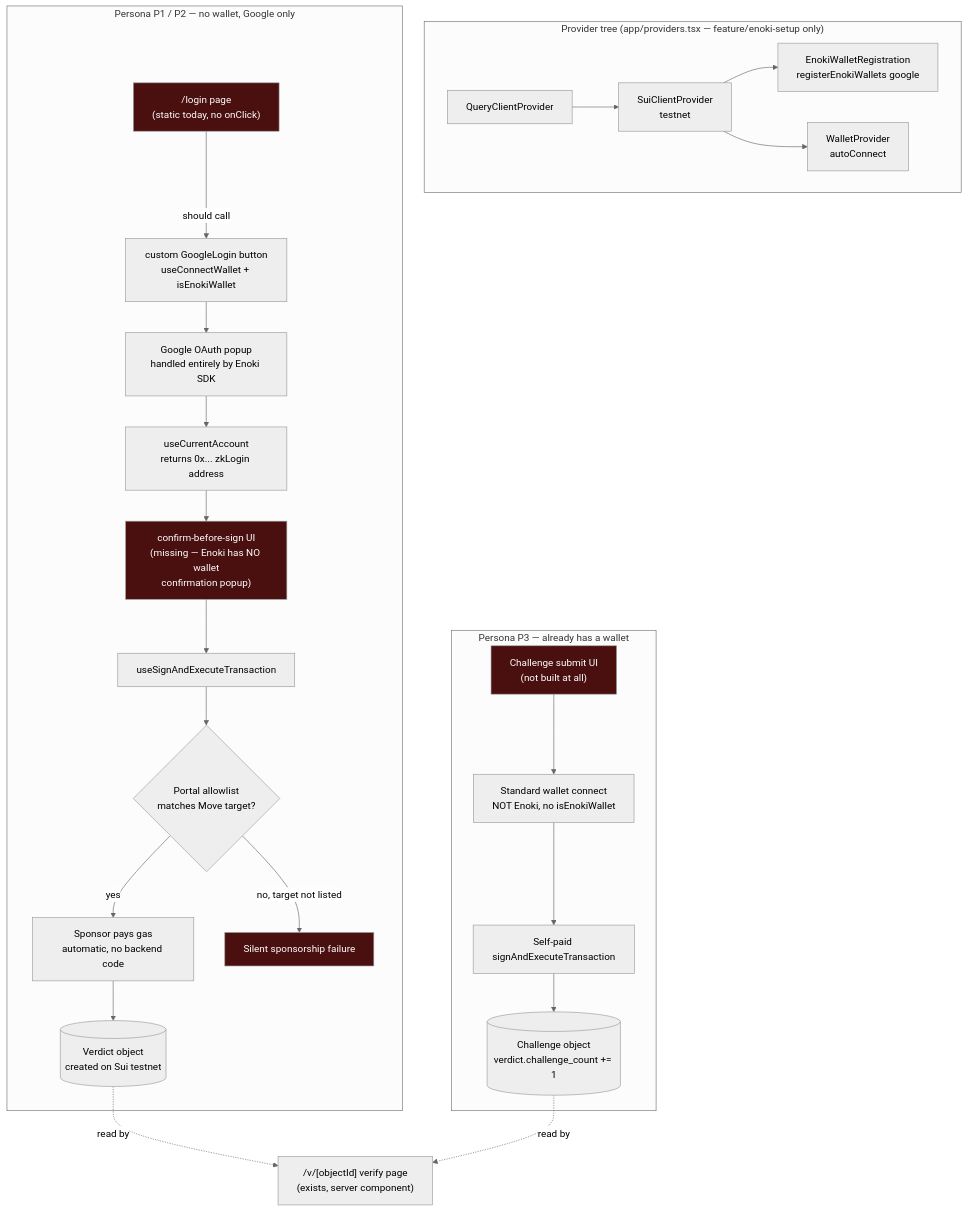
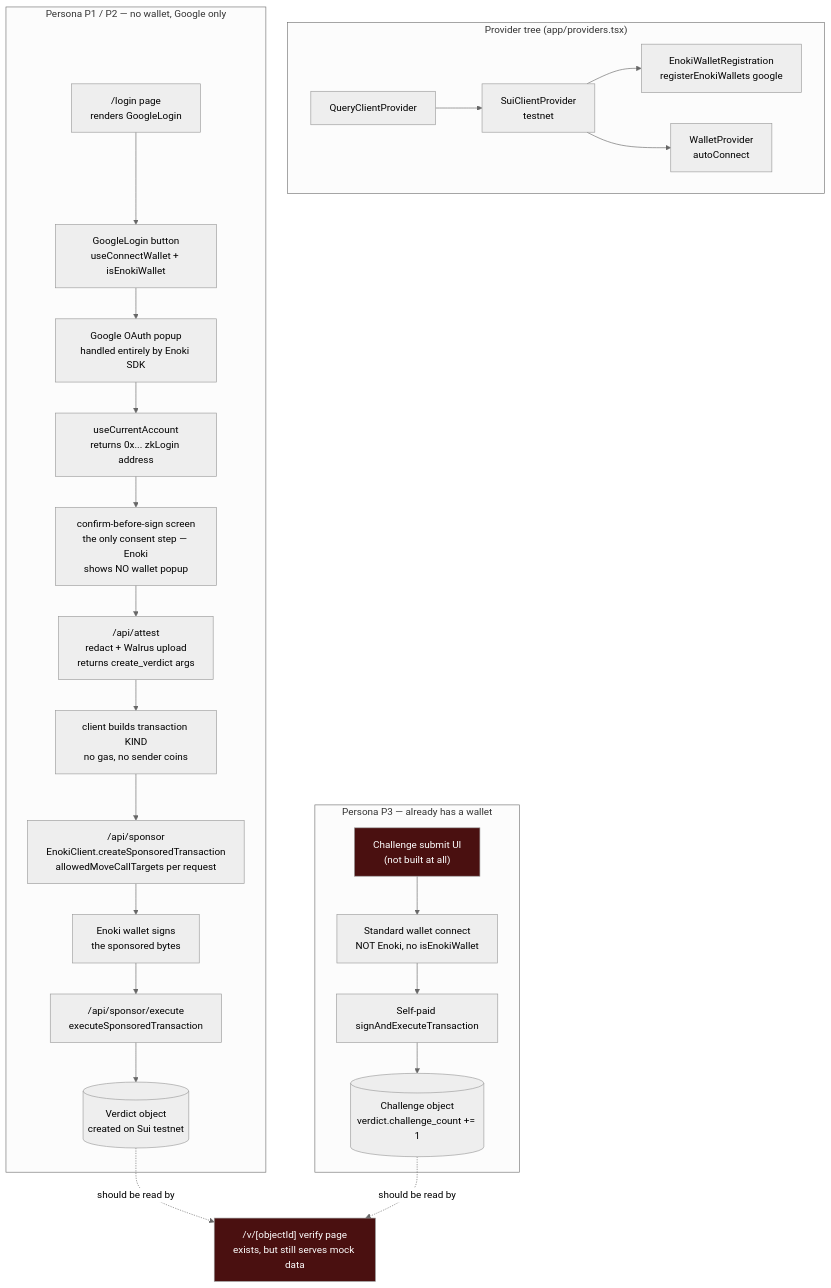
Before and after one commit to JaxzTan/Konfirm: the diagram in docs/wallet.md, drawn with Mermaid (neutral theme). The commit also changed other lines of this file and 2 other files, not shown here.

First line of the commit message:
docs: correct wallet.md and the stale contract names in the CLI docs

````diff
--- a/docs/wallet.md
+++ b/docs/wallet.md
@@ -25,34 +31,33 @@
 ```mermaid
 flowchart TD
-    subgraph Providers["Provider tree (app/providers.tsx — feature/enoki-setup only)"]
+    subgraph Providers["Provider tree (app/providers.tsx)"]
         QCP[QueryClientProvider] --> SCP[SuiClientProvider<br/>testnet]
         SCP --> REG[EnokiWalletRegistration<br/>registerEnokiWallets google]
         SCP --> WP[WalletProvider<br/>autoConnect]
     end
 
     subgraph P1P2["Persona P1 / P2 — no wallet, Google only"]
-        LOGIN["/login page<br/>(static today, no onClick)"] -->|should call| CONNECT[custom GoogleLogin button<br/>useConnectWallet + isEnokiWallet]
+        LOGIN["/login page<br/>renders GoogleLogin"] --> CONNECT[GoogleLogin button<br/>useConnectWallet + isEnokiWallet]
         CONNECT --> OAUTH[Google OAuth popup<br/>handled entirely by Enoki SDK]
         OAUTH --> ACC[useCurrentAccount<br/>returns 0x... zkLogin address]
-        ACC --> CONFIRM["confirm-before-sign UI<br/>(missing — Enoki has NO wallet<br/>confirmation popup)"]
-        CONFIRM --> SIGN[useSignAndExecuteTransaction]
-        SIGN --> ALLOW{Portal allowlist<br/>matches Move target?}
-        ALLOW -->|yes| SPONSORED[Sponsor pays gas<br/>automatic, no backend code]
-        ALLOW -->|no, target not listed| FAIL[Silent sponsorship failure]
-        SPONSORED --> VERDICT[(Verdict object<br/>created on Sui testnet)]
+        ACC --> CONFIRM["confirm-before-sign screen<br/>the only consent step — Enoki<br/>shows NO wallet popup"]
+        CONFIRM --> ATTEST["/api/attest<br/>redact + Walrus upload<br/>returns create_verdict args"]
+        ATTEST --> KIND[client builds transaction KIND<br/>no gas, no sender coins]
+        KIND --> SPONSOR["/api/sponsor<br/>EnokiClient.createSponsoredTransaction<br/>allowedMoveCallTargets per request"]
+        SPONSOR --> SIGN[Enoki wallet signs<br/>the sponsored bytes]
+        SIGN --> EXEC["/api/sponsor/execute<br/>executeSponsoredTransaction"]
+        EXEC --> VERDICT[(Verdict object<br/>created on Sui testnet)]
     end
 
     subgraph P3flow["Persona P3 — already has a wallet"]
         P3CONNECT["Challenge submit UI<br/>(not built at all)"] --> P3WALLET[Standard wallet connect<br/>NOT Enoki, no isEnokiWallet]
         P3WALLET --> P3SIGN[Self-paid signAndExecuteTransaction]
         P3SIGN --> CHALLENGE[(Challenge object<br/>verdict.challenge_count += 1)]
     end
 
-    VERDICT -.->|read by| VERIFY["/v/[objectId] verify page<br/>(exists, server component)"]
-    CHALLENGE -.->|read by| VERIFY
+    VERDICT -.->|should be read by| VERIFY["/v/[objectId] verify page<br/>exists, but still serves mock data"]
+    CHALLENGE -.->|should be read by| VERIFY
 
-    style CONFIRM fill:#4a1010,color:#fff
-    style LOGIN fill:#4a1010,color:#fff
     style P3CONNECT fill:#4a1010,color:#fff
-    style FAIL fill:#4a1010,color:#fff
+    style VERIFY fill:#4a1010,color:#fff
 ```
````
